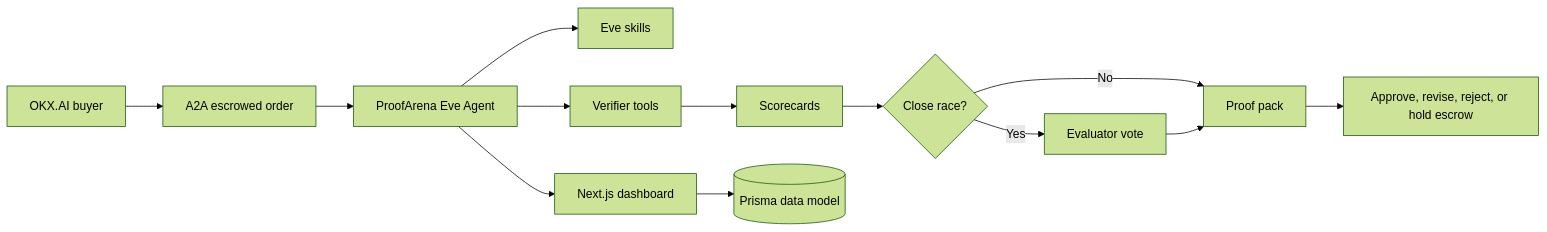
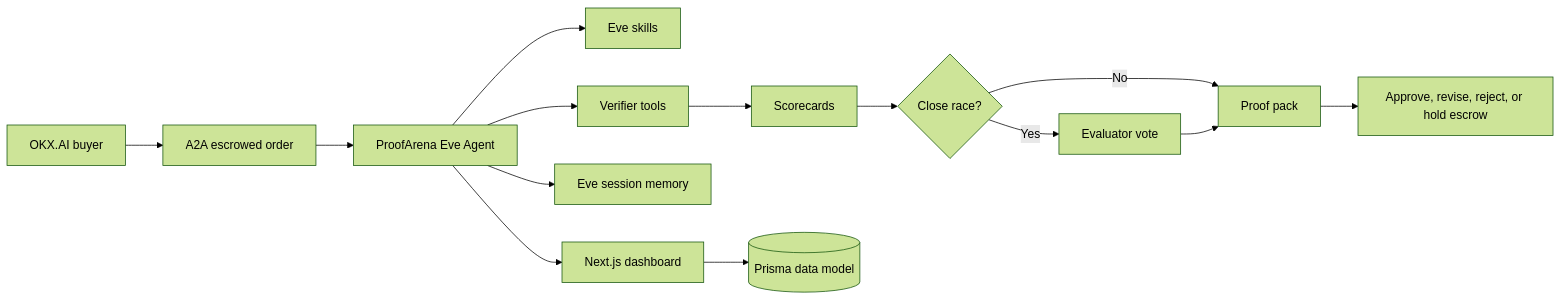
The diagram in ARCHITECTURE.md (N-45div/ProofArena), drawn with Mermaid (forest theme) before and after one commit. The commit also changed other lines of this file and 18 other files, not shown here.

````diff
--- a/ARCHITECTURE.md
+++ b/ARCHITECTURE.md
@@ -3,15 +3,16 @@
 ```mermaid
 flowchart LR
   Buyer[OKX.AI buyer] --> Order[A2A escrowed order]
   Order --> Agent[ProofArena Eve Agent]
   Agent --> Skills[Eve skills]
   Agent --> Tools[Verifier tools]
+  Agent --> Memory[Eve session memory]
   Tools --> Score[Scorecards]
   Score --> Vote{Close race?}
   Vote -->|No| Pack[Proof pack]
   Vote -->|Yes| Evaluators[Evaluator vote]
   Evaluators --> Pack
   Pack --> BuyerDecision[Approve, revise, reject, or hold escrow]
   Agent --> UI[Next.js dashboard]
   UI --> DB[(Prisma data model)]
 ```
````
